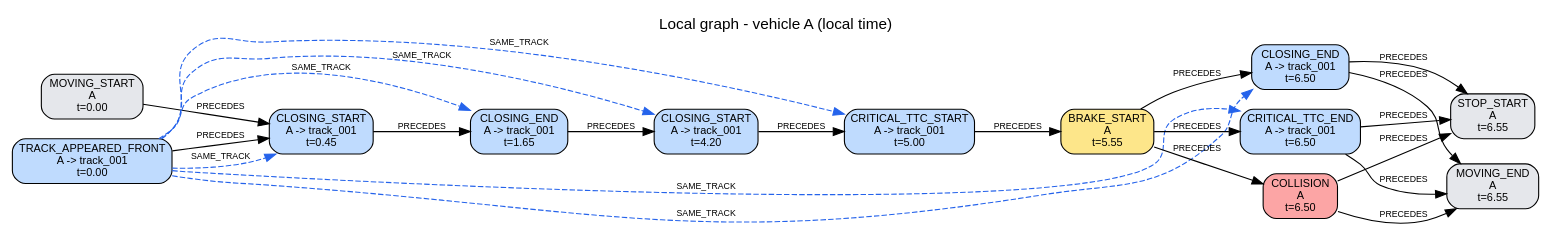
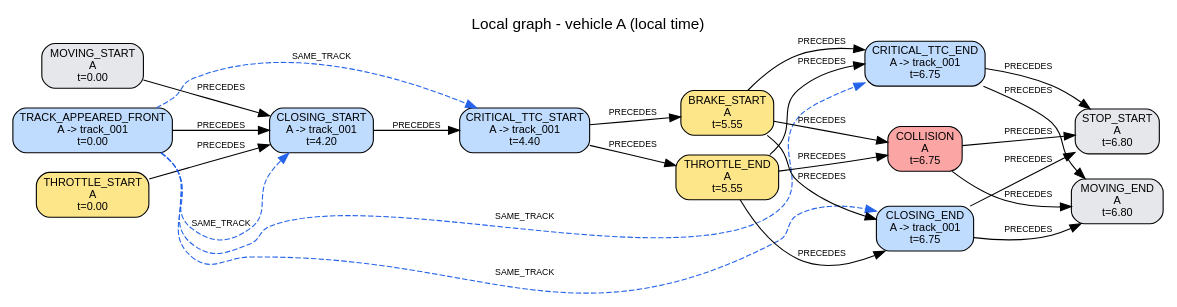
The diagram in traces/S01/run_0_crash/reconstruction/A/local_graph.dot (AndreaBedei1/causaldrive-forensics), drawn with Graphviz before and after one commit. The commit also changed 1878 other files, not shown here.

```diff
--- a/traces/S01/run_0_crash/reconstruction/A/local_graph.dot
+++ b/traces/S01/run_0_crash/reconstruction/A/local_graph.dot
@@ -1,41 +1,43 @@
 digraph "local_A" {
   graph [rankdir=LR, labelloc=t, fontname=Helvetica, label="Local graph - vehicle A (local time)"];
   node [shape=box, style="rounded,filled", fontname=Helvetica, fontsize=10];
   edge [fontname=Helvetica, fontsize=8];
   "A:e01" [label="MOVING_START\nA\nt=0.00", fillcolor="#e5e7eb"];
-  "A:e02" [label="TRACK_APPEARED_FRONT\nA -> track_001\nt=0.00", fillcolor="#bfdbfe"];
-  "A:e03" [label="CLOSING_START\nA -> track_001\nt=0.45", fillcolor="#bfdbfe"];
-  "A:e04" [label="CLOSING_END\nA -> track_001\nt=1.65", fillcolor="#bfdbfe"];
-  "A:e05" [label="CLOSING_START\nA -> track_001\nt=4.20", fillcolor="#bfdbfe"];
-  "A:e06" [label="CRITICAL_TTC_START\nA -> track_001\nt=5.00", fillcolor="#bfdbfe"];
+  "A:e02" [label="THROTTLE_START\nA\nt=0.00", fillcolor="#fde68a"];
+  "A:e03" [label="TRACK_APPEARED_FRONT\nA -> track_001\nt=0.00", fillcolor="#bfdbfe"];
+  "A:e04" [label="CLOSING_START\nA -> track_001\nt=4.20", fillcolor="#bfdbfe"];
+  "A:e05" [label="CRITICAL_TTC_START\nA -> track_001\nt=4.40", fillcolor="#bfdbfe"];
+  "A:e06" [label="THROTTLE_END\nA\nt=5.55", fillcolor="#fde68a"];
   "A:e07" [label="BRAKE_START\nA\nt=5.55", fillcolor="#fde68a"];
-  "A:e08" [label="COLLISION\nA\nt=6.50", fillcolor="#fca5a5"];
-  "A:e09" [label="CRITICAL_TTC_END\nA -> track_001\nt=6.50", fillcolor="#bfdbfe"];
-  "A:e10" [label="CLOSING_END\nA -> track_001\nt=6.50", fillcolor="#bfdbfe"];
-  "A:e11" [label="MOVING_END\nA\nt=6.55", fillcolor="#e5e7eb"];
-  "A:e12" [label="STOP_START\nA\nt=6.55", fillcolor="#e5e7eb"];
-  {rank=same; "A:e01"; "A:e02";}
+  "A:e08" [label="COLLISION\nA\nt=6.75", fillcolor="#fca5a5"];
+  "A:e09" [label="CRITICAL_TTC_END\nA -> track_001\nt=6.75", fillcolor="#bfdbfe"];
+  "A:e10" [label="CLOSING_END\nA -> track_001\nt=6.75", fillcolor="#bfdbfe"];
+  "A:e11" [label="MOVING_END\nA\nt=6.80", fillcolor="#e5e7eb"];
+  "A:e12" [label="STOP_START\nA\nt=6.80", fillcolor="#e5e7eb"];
+  {rank=same; "A:e01"; "A:e02"; "A:e03";}
+  {rank=same; "A:e06"; "A:e07";}
   {rank=same; "A:e08"; "A:e09"; "A:e10";}
   {rank=same; "A:e11"; "A:e12";}
-  "A:e01" -> "A:e03" [label="PRECEDES"];
-  "A:e02" -> "A:e03" [label="PRECEDES"];
+  "A:e01" -> "A:e04" [label="PRECEDES"];
+  "A:e02" -> "A:e04" [label="PRECEDES"];
   "A:e03" -> "A:e04" [label="PRECEDES"];
   "A:e04" -> "A:e05" [label="PRECEDES"];
   "A:e05" -> "A:e06" [label="PRECEDES"];
-  "A:e06" -> "A:e07" [label="PRECEDES"];
+  "A:e05" -> "A:e07" [label="PRECEDES"];
+  "A:e06" -> "A:e08" [label="PRECEDES"];
+  "A:e06" -> "A:e09" [label="PRECEDES"];
+  "A:e06" -> "A:e10" [label="PRECEDES"];
   "A:e07" -> "A:e08" [label="PRECEDES"];
   "A:e07" -> "A:e09" [label="PRECEDES"];
   "A:e07" -> "A:e10" [label="PRECEDES"];
   "A:e08" -> "A:e11" [label="PRECEDES"];
   "A:e08" -> "A:e12" [label="PRECEDES"];
   "A:e09" -> "A:e11" [label="PRECEDES"];
   "A:e09" -> "A:e12" [label="PRECEDES"];
   "A:e10" -> "A:e11" [label="PRECEDES"];
   "A:e10" -> "A:e12" [label="PRECEDES"];
-  "A:e02" -> "A:e03" [label="SAME_TRACK", style=dashed, color="#2563eb", constraint=false];
-  "A:e02" -> "A:e04" [label="SAME_TRACK", style=dashed, color="#2563eb", constraint=false];
-  "A:e02" -> "A:e05" [label="SAME_TRACK", style=dashed, color="#2563eb", constraint=false];
-  "A:e02" -> "A:e06" [label="SAME_TRACK", style=dashed, color="#2563eb", constraint=false];
-  "A:e02" -> "A:e09" [label="SAME_TRACK", style=dashed, color="#2563eb", constraint=false];
-  "A:e02" -> "A:e10" [label="SAME_TRACK", style=dashed, color="#2563eb", constraint=false];
+  "A:e03" -> "A:e04" [label="SAME_TRACK", style=dashed, color="#2563eb", constraint=false];
+  "A:e03" -> "A:e05" [label="SAME_TRACK", style=dashed, color="#2563eb", constraint=false];
+  "A:e03" -> "A:e09" [label="SAME_TRACK", style=dashed, color="#2563eb", constraint=false];
+  "A:e03" -> "A:e10" [label="SAME_TRACK", style=dashed, color="#2563eb", constraint=false];
 }
```
